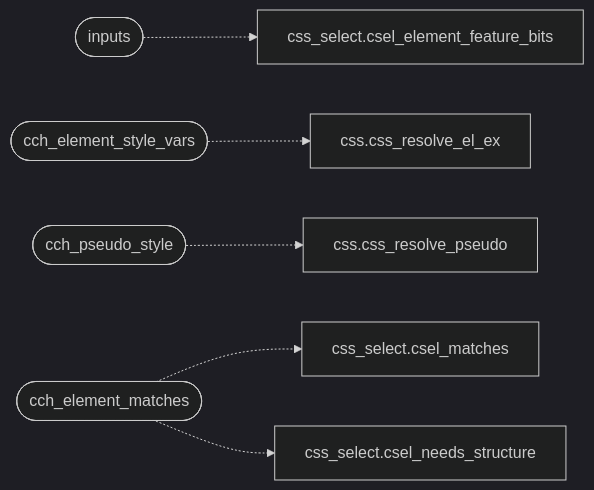
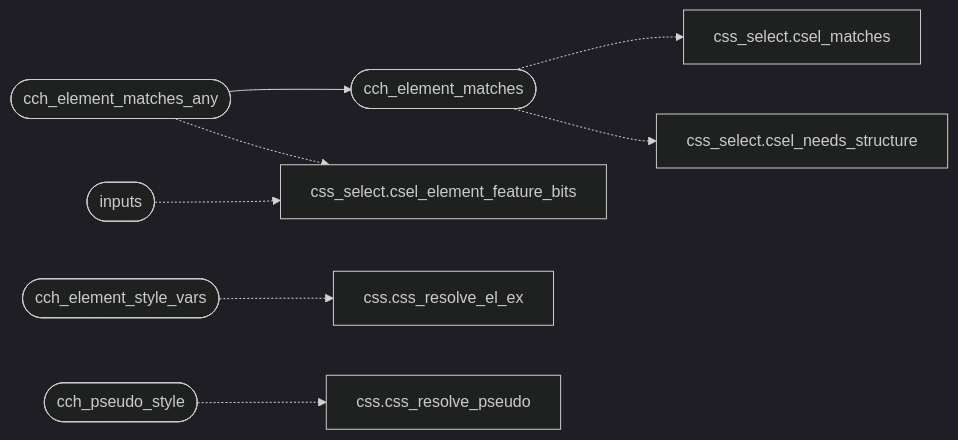
Before and after one commit to grisuno/FreeDom: the second of 2 diagrams in readmenator-apidocs/modules/src.css_chain.c.md, drawn with Mermaid (dark theme). The commit also changed other lines of this file and 156 other files, not shown here.

````diff
--- a/readmenator-apidocs/modules/src.css_chain.c.md
+++ b/readmenator-apidocs/modules/src.css_chain.c.md
@@ -26,17 +26,20 @@
 ```mermaid
 flowchart LR
+    n_src_css_chain_c__cch_element_matches_any(["cch_element_matches_any"])
+    n_src_css_chain_c__cch_element_matches(["cch_element_matches"])
     n_src_css_chain_c__inputs(["inputs"])
     n_include_css_select_h__csel_element_feature_bits["css_select.csel_element_feature_bits"]
     n_src_css_chain_c__cch_element_style_vars(["cch_element_style_vars"])
     n_src_css_c__css_resolve_el_ex["css.css_resolve_el_ex"]
     n_src_css_chain_c__cch_pseudo_style(["cch_pseudo_style"])
     n_src_css_c__css_resolve_pseudo["css.css_resolve_pseudo"]
-    n_src_css_chain_c__cch_element_matches(["cch_element_matches"])
     n_include_css_select_h__csel_matches["css_select.csel_matches"]
     n_src_css_select_c__csel_needs_structure["css_select.csel_needs_structure"]
+    n_src_css_chain_c__cch_element_matches_any --> n_src_css_chain_c__cch_element_matches
     n_src_css_chain_c__inputs -.-> n_include_css_select_h__csel_element_feature_bits
     n_src_css_chain_c__cch_element_style_vars -.-> n_src_css_c__css_resolve_el_ex
     n_src_css_chain_c__cch_pseudo_style -.-> n_src_css_c__css_resolve_pseudo
     n_src_css_chain_c__cch_element_matches -.-> n_include_css_select_h__csel_matches
     n_src_css_chain_c__cch_element_matches -.-> n_src_css_select_c__csel_needs_structure
+    n_src_css_chain_c__cch_element_matches_any -.-> n_include_css_select_h__csel_element_feature_bits
 ```
````
